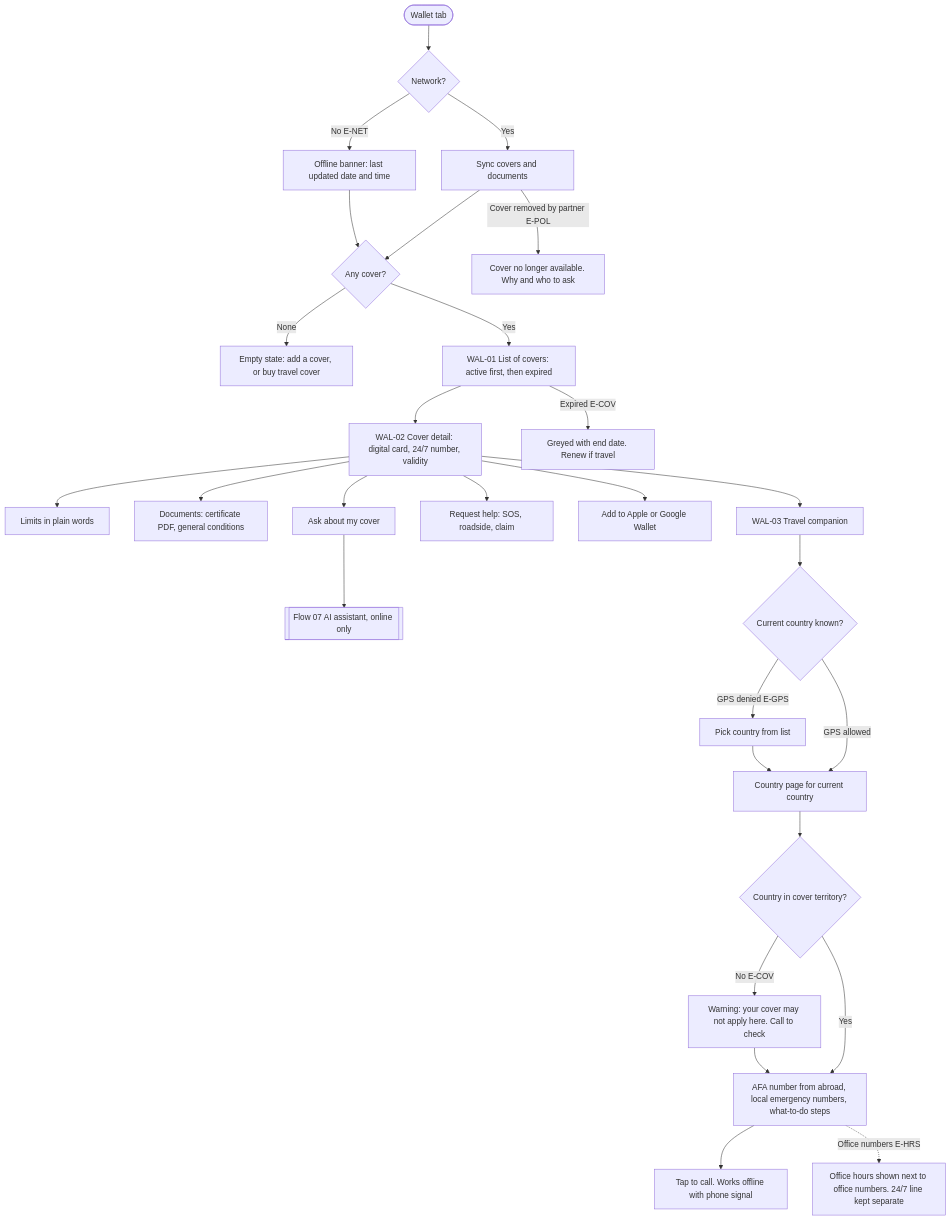
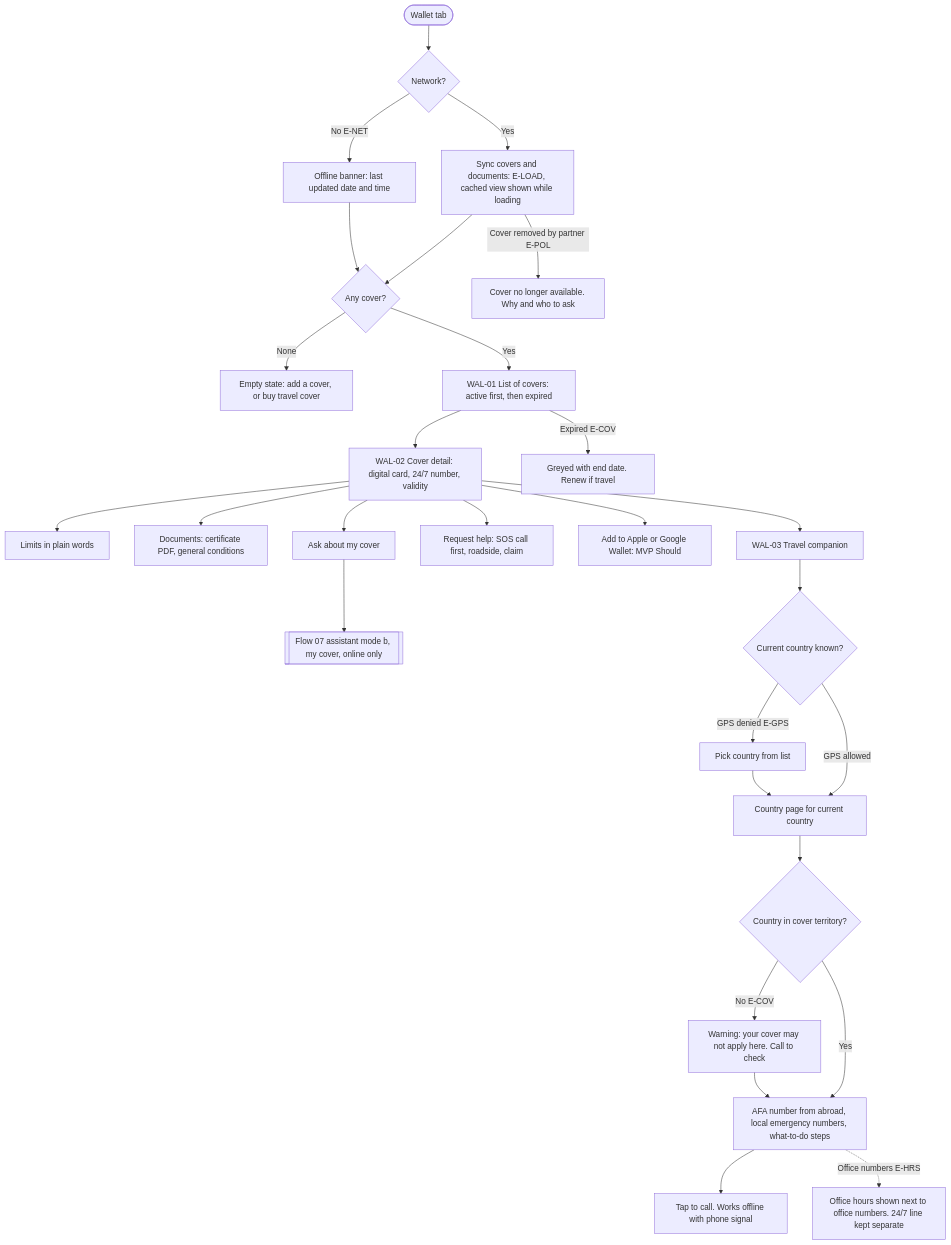
One commit to Dragax10/DC-DT changed the diagram in africa-first-assist/studio/design/flows/06-policy-wallet-offline-companion.md. Above: the diagram before and after it, drawn with Mermaid. The commit also changed other lines of this file and 7 other files, not shown here.

First line of the commit message:
Africa First Assist: flow fixes from critic review, RTL conventions

````diff
--- a/africa-first-assist/studio/design/flows/06-policy-wallet-offline-companion.md
+++ b/africa-first-assist/studio/design/flows/06-policy-wallet-offline-companion.md
@@ -23,30 +23,30 @@
 ```mermaid
 flowchart TD
     W0(["Wallet tab"]) --> D0{"Network?"}
-    D0 -->|"Yes"| W1["Sync covers and documents"]
+    D0 -->|"Yes"| W1["Sync covers and documents: E-LOAD, cached view shown while loading"]
     D0 -->|"No E-NET"| W2["Offline banner: last updated date and time"]
     W1 --> D1{"Any cover?"}
     W2 --> D1
     D1 -->|"None"| E1["Empty state: add a cover, or buy travel cover"]
     D1 -->|"Yes"| W3["WAL-01 List of covers: active first, then expired"]
     W3 --> W4["WAL-02 Cover detail: digital card, 24/7 number, validity"]
     W4 --> W5["Limits in plain words"]
     W4 --> W6["Documents: certificate PDF, general conditions"]
     W4 --> W7["Ask about my cover"]
-    W7 --> AIA[["Flow 07 AI assistant, online only"]]
-    W4 --> W8["Request help: SOS, roadside, claim"]
-    W4 --> W9["Add to Apple or Google Wallet"]
+    W7 --> AIA[["Flow 07 assistant mode b, my cover, online only"]]
+    W4 --> W8["Request help: SOS call first, roadside, claim"]
+    W4 --> W9["Add to Apple or Google Wallet: MVP Should"]
     W1 -->|"Cover removed by partner E-POL"| E2["Cover no longer available. Why and who to ask"]
     W3 -->|"Expired E-COV"| E3["Greyed with end date. Renew if travel"]
     W4 --> W10["WAL-03 Travel companion"]
     W10 --> D2{"Current country known?"}
     D2 -->|"GPS allowed"| W11["Country page for current country"]
     D2 -->|"GPS denied E-GPS"| W12["Pick country from list"]
     W12 --> W11
     W11 --> D3{"Country in cover territory?"}
     D3 -->|"No E-COV"| E4["Warning: your cover may not apply here. Call to check"]
     D3 -->|"Yes"| W13["AFA number from abroad, local emergency numbers, what-to-do steps"]
     E4 --> W13
     W13 --> W14["Tap to call. Works offline with phone signal"]
     W13 -.->|"Office numbers E-HRS"| W15["Office hours shown next to office numbers. 24/7 line kept separate"]
 ```
````
